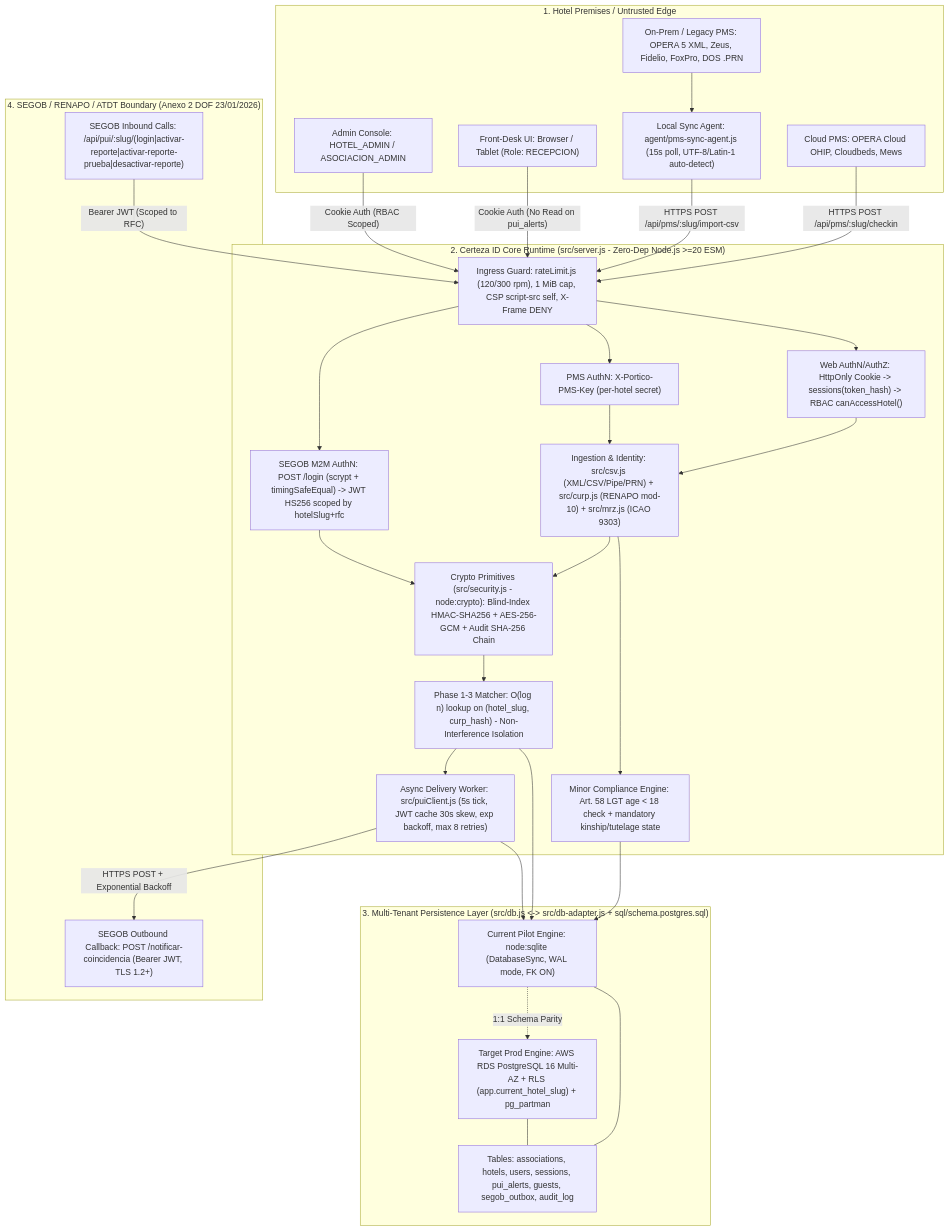
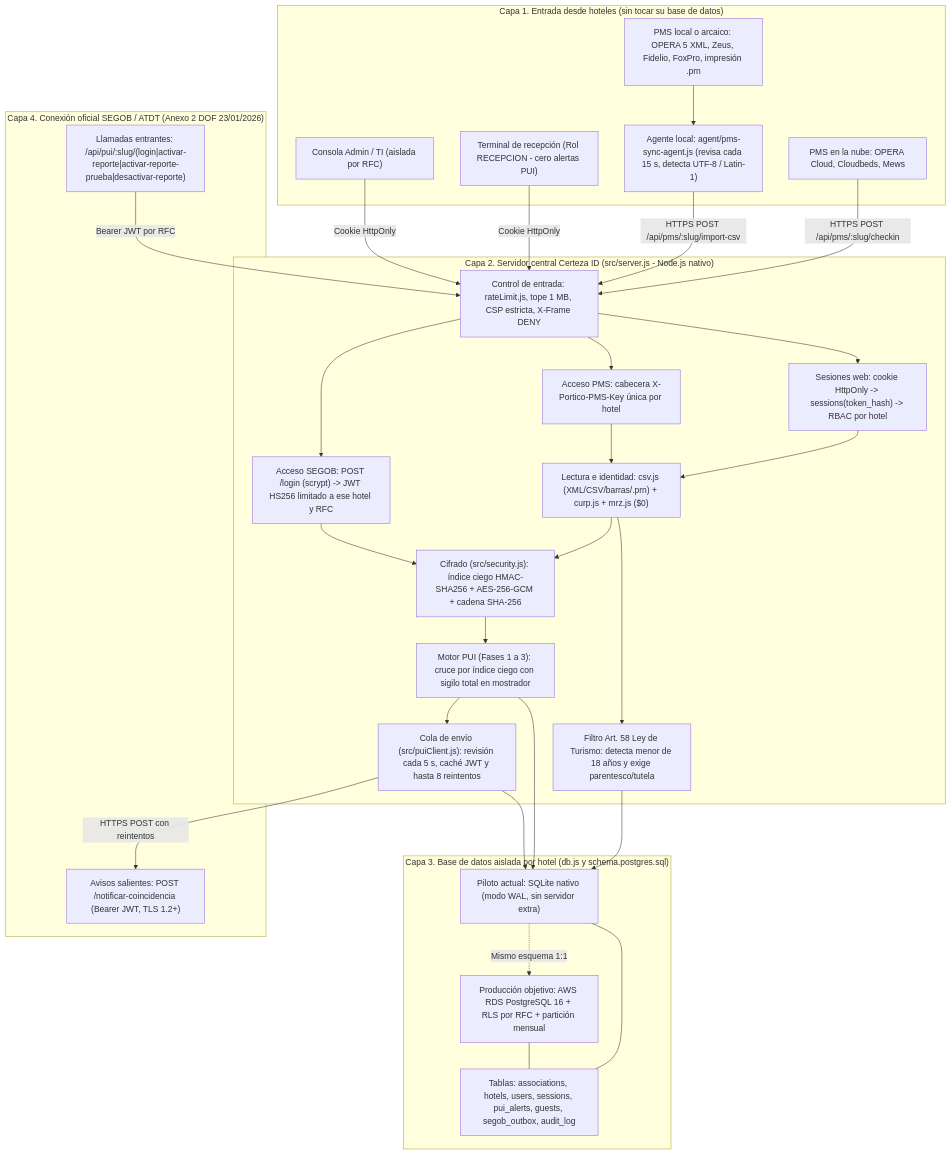
One commit to jesusoldekamp-hue/portico-hospitality changed the first of 3 diagrams in docs/ARQUITECTURA_TECNICA_INGENIERIA.md. Above: the diagram before and after it, drawn with Mermaid. The commit also changed other lines of this file and 1 other file, not shown here.

Commit message:
Redesign Engineering Architecture PDF and spec in 100% clear Spanish with improved UI/UX

````diff
--- a/docs/ARQUITECTURA_TECNICA_INGENIERIA.md
+++ b/docs/ARQUITECTURA_TECNICA_INGENIERIA.md
@@ -9,61 +9,61 @@
 ```mermaid
 flowchart TB
-    subgraph EDGE["1. Hotel Premises / Untrusted Edge"]
-        PMS_CLOUD["Cloud PMS: OPERA Cloud OHIP, Cloudbeds, Mews"]
-        PMS_LOCAL["On-Prem / Legacy PMS: OPERA 5 XML, Zeus, Fidelio, FoxPro, DOS .PRN"]
-        AGENT["Local Sync Agent: agent/pms-sync-agent.js (15s poll, UTF-8/Latin-1 auto-detect)"]
-        DESK["Front-Desk UI: Browser / Tablet (Role: RECEPCION)"]
-        ADMIN_UI["Admin Console: HOTEL_ADMIN / ASOCIACION_ADMIN"]
-        PMS_LOCAL --> AGENT
+    subgraph CAPA1["Capa 1. Entrada desde hoteles (sin tocar su base de datos)"]
+        PMS_NUBE["PMS en la nube: OPERA Cloud, Cloudbeds, Mews"]
+        PMS_LOCAL["PMS local o arcaico: OPERA 5 XML, Zeus, Fidelio, FoxPro, impresión .prn"]
+        AGENTE["Agente local: agent/pms-sync-agent.js (revisa cada 15 s, detecta UTF-8 / Latin-1)"]
+        MOSTRADOR["Terminal de recepción (Rol RECEPCION - cero alertas PUI)"]
+        CONSOLA["Consola Admin / TI (aislada por RFC)"]
+        PMS_LOCAL --> AGENTE
     end
 
-    subgraph CORE["2. Certeza ID Core Runtime (src/server.js - Zero-Dep Node.js >=20 ESM)"]
-        GUARD["Ingress Guard: rateLimit.js (120/300 rpm), 1 MiB cap, CSP script-src self, X-Frame DENY"]
-        AUTH_WEB["Web AuthN/AuthZ: HttpOnly Cookie -> sessions(token_hash) -> RBAC canAccessHotel()"]
-        AUTH_PMS["PMS AuthN: X-Portico-PMS-Key (per-hotel secret)"]
-        AUTH_PUI["SEGOB M2M AuthN: POST /login (scrypt + timingSafeEqual) -> JWT HS256 scoped by hotelSlug+rfc"]
+    subgraph CAPA2["Capa 2. Servidor central Certeza ID (src/server.js - Node.js nativo)"]
+        ENTRADA["Control de entrada: rateLimit.js, tope 1 MB, CSP estricta, X-Frame DENY"]
+        AUTH_WEB["Sesiones web: cookie HttpOnly -> sessions(token_hash) -> RBAC por hotel"]
+        AUTH_PMS["Acceso PMS: cabecera X-Portico-PMS-Key única por hotel"]
+        AUTH_PUI["Acceso SEGOB: POST /login (scrypt) -> JWT HS256 limitado a ese hotel y RFC"]
 
-        PARSER["Ingestion & Identity: src/csv.js (XML/CSV/Pipe/PRN) + src/curp.js (RENAPO mod-10) + src/mrz.js (ICAO 9303)"]
-        LGT["Minor Compliance Engine: Art. 58 LGT age < 18 check + mandatory kinship/tutelage state"]
-        CRYPTO["Crypto Primitives (src/security.js - node:crypto): Blind-Index HMAC-SHA256 + AES-256-GCM + Audit SHA-256 Chain"]
-        MATCH["Phase 1-3 Matcher: O(log n) lookup on (hotel_slug, curp_hash) - Non-Interference Isolation"]
-        OUTBOX_W["Async Delivery Worker: src/puiClient.js (5s tick, JWT cache 30s skew, exp backoff, max 8 retries)"]
+        LECTURA["Lectura e identidad: csv.js (XML/CSV/barras/.prn) + curp.js + mrz.js ($0)"]
+        MENORES["Filtro Art. 58 Ley de Turismo: detecta menor de 18 años y exige parentesco/tutela"]
+        CRIPTO["Cifrado (src/security.js): índice ciego HMAC-SHA256 + AES-256-GCM + cadena SHA-256"]
+        CRUCE["Motor PUI (Fases 1 a 3): cruce por índice ciego con sigilo total en mostrador"]
+        OUTBOX["Cola de envío (src/puiClient.js): revisión cada 5 s, caché JWT y hasta 8 reintentos"]
 
-        GUARD --> AUTH_WEB
-        GUARD --> AUTH_PMS
-        GUARD --> AUTH_PUI
-        AUTH_WEB --> PARSER
-        AUTH_PMS --> PARSER
-        PARSER --> LGT
-        PARSER --> CRYPTO
-        CRYPTO --> MATCH
-        AUTH_PUI --> CRYPTO
-        MATCH --> OUTBOX_W
+        ENTRADA --> AUTH_WEB
+        ENTRADA --> AUTH_PMS
+        ENTRADA --> AUTH_PUI
+        AUTH_WEB --> LECTURA
+        AUTH_PMS --> LECTURA
+        LECTURA --> MENORES
+        LECTURA --> CRIPTO
+        CRIPTO --> CRUCE
+        AUTH_PUI --> CRIPTO
+        CRUCE --> OUTBOX
     end
 
-    subgraph DATA["3. Multi-Tenant Persistence Layer (src/db.js <-> src/db-adapter.js + sql/schema.postgres.sql)"]
-        SQLITE["Current Pilot Engine: node:sqlite (DatabaseSync, WAL mode, FK ON)"]
-        PG["Target Prod Engine: AWS RDS PostgreSQL 16 Multi-AZ + RLS (app.current_hotel_slug) + pg_partman"]
-        TABLES["Tables: associations, hotels, users, sessions, pui_alerts, guests, segob_outbox, audit_log"]
-        SQLITE -. "1:1 Schema Parity" .-> PG
-        SQLITE --- TABLES
-        PG --- TABLES
+    subgraph CAPA3["Capa 3. Base de datos aislada por hotel (db.js y schema.postgres.sql)"]
+        SQLITE["Piloto actual: SQLite nativo (modo WAL, sin servidor extra)"]
+        PG["Producción objetivo: AWS RDS PostgreSQL 16 + RLS por RFC + partición mensual"]
+        TABLAS["Tablas: associations, hotels, users, sessions, pui_alerts, guests, segob_outbox, audit_log"]
+        SQLITE -. "Mismo esquema 1:1" .-> PG
+        SQLITE --- TABLAS
+        PG --- TABLAS
     end
 
-    subgraph GOV["4. SEGOB / RENAPO / ATDT Boundary (Anexo 2 DOF 23/01/2026)"]
-        SEGOB_IN["SEGOB Inbound Calls: /api/pui/:slug/(login|activar-reporte|activar-reporte-prueba|desactivar-reporte)"]
-        SEGOB_OUT["SEGOB Outbound Callback: POST /notificar-coincidencia (Bearer JWT, TLS 1.2+)"]
+    subgraph CAPA4["Capa 4. Conexión oficial SEGOB / ATDT (Anexo 2 DOF 23/01/2026)"]
+        SEGOB_IN["Llamadas entrantes: /api/pui/:slug/(login|activar-reporte|activar-reporte-prueba|desactivar-reporte)"]
+        SEGOB_OUT["Avisos salientes: POST /notificar-coincidencia (Bearer JWT, TLS 1.2+)"]
     end
 
-    PMS_CLOUD -- "HTTPS POST /api/pms/:slug/checkin" --> GUARD
-    AGENT -- "HTTPS POST /api/pms/:slug/import-csv" --> GUARD
-    DESK -- "Cookie Auth (No Read on pui_alerts)" --> GUARD
-    ADMIN_UI -- "Cookie Auth (RBAC Scoped)" --> GUARD
+    PMS_NUBE -- "HTTPS POST /api/pms/:slug/checkin" --> ENTRADA
+    AGENTE -- "HTTPS POST /api/pms/:slug/import-csv" --> ENTRADA
+    MOSTRADOR -- "Cookie HttpOnly" --> ENTRADA
+    CONSOLA -- "Cookie HttpOnly" --> ENTRADA
 
-    SEGOB_IN -- "Bearer JWT (Scoped to RFC)" --> GUARD
-    OUTBOX_W -- "HTTPS POST + Exponential Backoff" --> SEGOB_OUT
+    SEGOB_IN -- "Bearer JWT por RFC" --> ENTRADA
+    OUTBOX -- "HTTPS POST con reintentos" --> SEGOB_OUT
 
-    LGT --> SQLITE
-    MATCH --> SQLITE
-    OUTBOX_W --> SQLITE
+    MENORES --> SQLITE
+    CRUCE --> SQLITE
+    OUTBOX --> SQLITE
 ```
````
